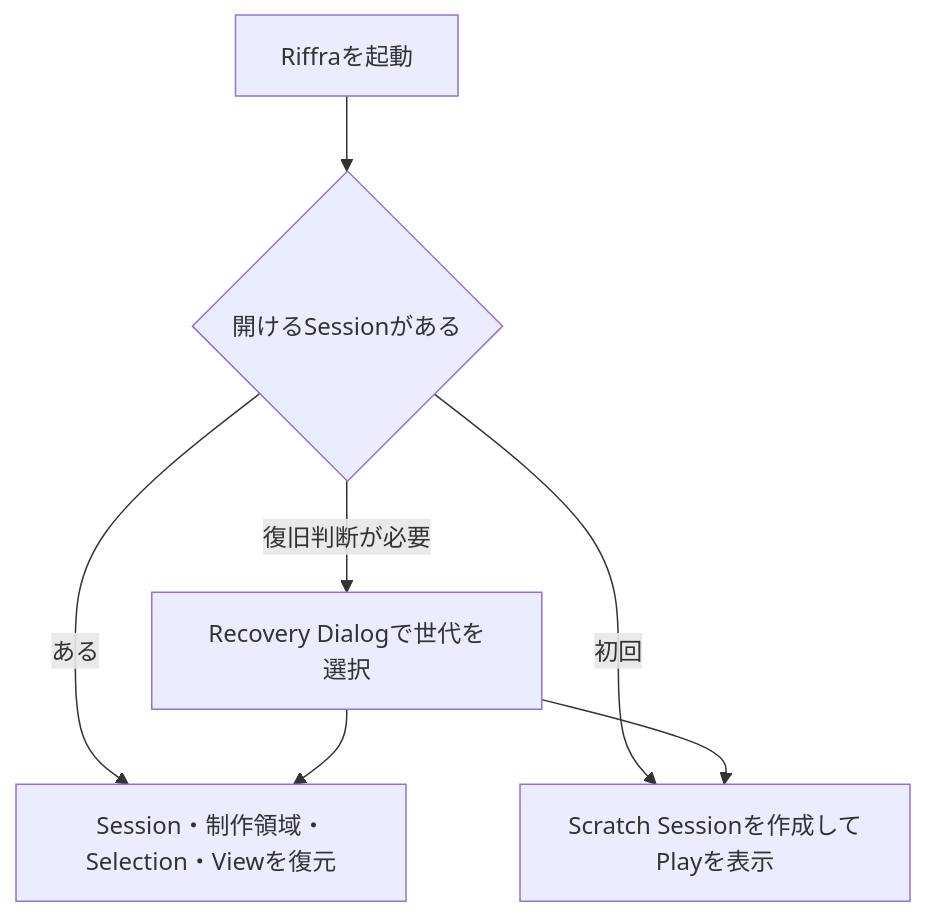
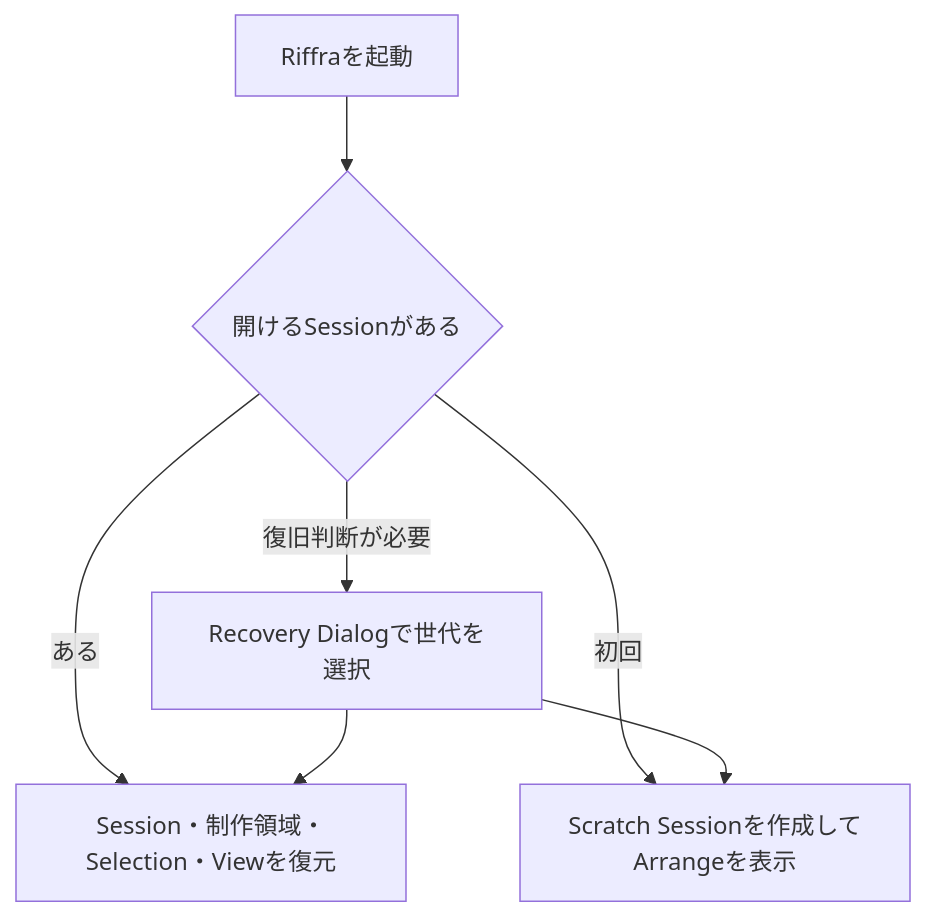
One commit to endo-ly/riffra changed the second of 12 diagrams in docs/ui-ux-design/ui-ux-design.md. Above: the diagram before and after it, drawn with Mermaid. The commit also changed other lines of this file and 10 other files, not shown here.

````diff
--- a/docs/ui-ux-design/ui-ux-design.md
+++ b/docs/ui-ux-design/ui-ux-design.md
@@ -44,9 +43,9 @@
 ```mermaid
 flowchart TD
     BOOT["Riffraを起動"] --> SESSION{"開けるSessionがある"}
     SESSION -->|ある| RESTORE["Session・制作領域・Selection・Viewを復元"]
-    SESSION -->|初回| SCRATCH["Scratch Sessionを作成してPlayを表示"]
+    SESSION -->|初回| SCRATCH["Scratch Sessionを作成してArrangeを表示"]
     SESSION -->|復旧判断が必要| RECOVERY["Recovery Dialogで世代を選択"]
     RECOVERY --> RESTORE
     RECOVERY --> SCRATCH
 ```
````
